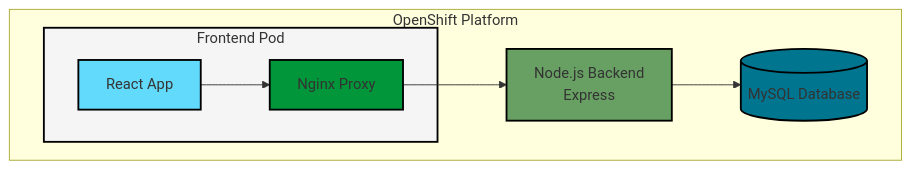
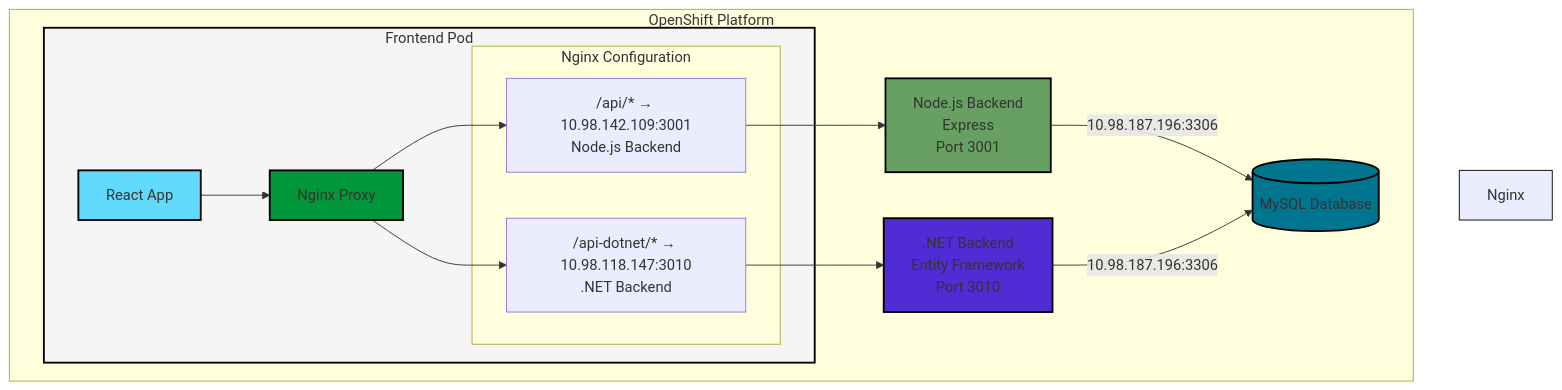
Before and after one commit to richfrem/ReactGreetingAppWithMySQLOpenshift: the diagram in README.md, drawn with Mermaid. The commit also changed other lines of this file and 164 other files, not shown here.

Commit message:
feat: add .NET backend, improve frontend layout, and enhance documentation

````diff
--- a/README.md
+++ b/README.md
@@ -19,19 +19,33 @@
 ```mermaid
 graph TD
     subgraph OpenShift Platform
         subgraph Frontend[Frontend Pod]
             R[React App] --> N[Nginx Proxy]
             style R fill:#61DAFB,stroke:#000,stroke-width:2px
             style N fill:#009639,stroke:#000,stroke-width:2px
+
+            subgraph Nginx Config[Nginx Configuration]
+                NJS["/api/* → 10.98.142.109:3001<br>Node.js Backend"]
+                NDOT["/api-dotnet/* → 10.98.118.147:3010<br>.NET Backend"]
+            end
+
+            N --> NJS
+            N --> NDOT
         end
-        N --> B[Node.js Backend<br>Express]
-        B --> D[(MySQL Database)]
+
+        NJS --> B1[Node.js Backend<br>Express<br>Port 3001]
+        NDOT --> B2[.NET Backend<br>Entity Framework<br>Port 3010]
+
+        B1 --> |"10.98.187.196:3306"| D[(MySQL Database)]
+        B2 --> |"10.98.187.196:3306"| D
 
         style Frontend fill:#f5f5f5,stroke:#000,stroke-width:2px
-        style B fill:#68A063,stroke:#000,stroke-width:2px
+        style B1 fill:#68A063,stroke:#000,stroke-width:2px
+        style B2 fill:#512BD4,stroke:#000,stroke-width:2px
         style D fill:#00758F,stroke:#000,stroke-width:2px
+        style Nginx Config fill:#f5f5f5,stroke:#000,stroke-width:1px
     end
 
     classDef platform fill:#DE2E21,stroke:#000,stroke-width:2px
     class OpenShift platform
 ```
````
